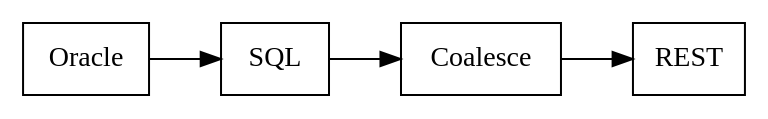
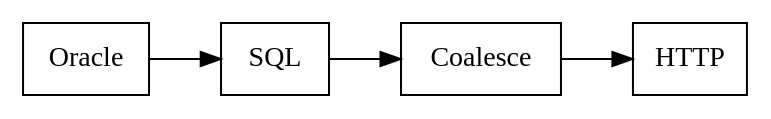
Before and after one commit to music-of-the-ainur/almaren-framework: the fourth of 4 diagrams in docs/images.org, drawn with Graphviz. The commit also changed 2 other files, not shown here.

Commit message:
renamed targetRest to targetHttp

```diff
--- a/docs/images.org
+++ b/docs/images.org
@@ -36,6 +36,6 @@
 #+BEGIN_SRC dot :file images/example4.png :cmdline -Kdot -Tpng
   digraph G{
       rankdir=LR node [shape=box, color=black]
-      Oracle -> SQL -> Coalesce -> REST
+      Oracle -> SQL -> Coalesce -> HTTP
   }
 #+END_SRC
```
